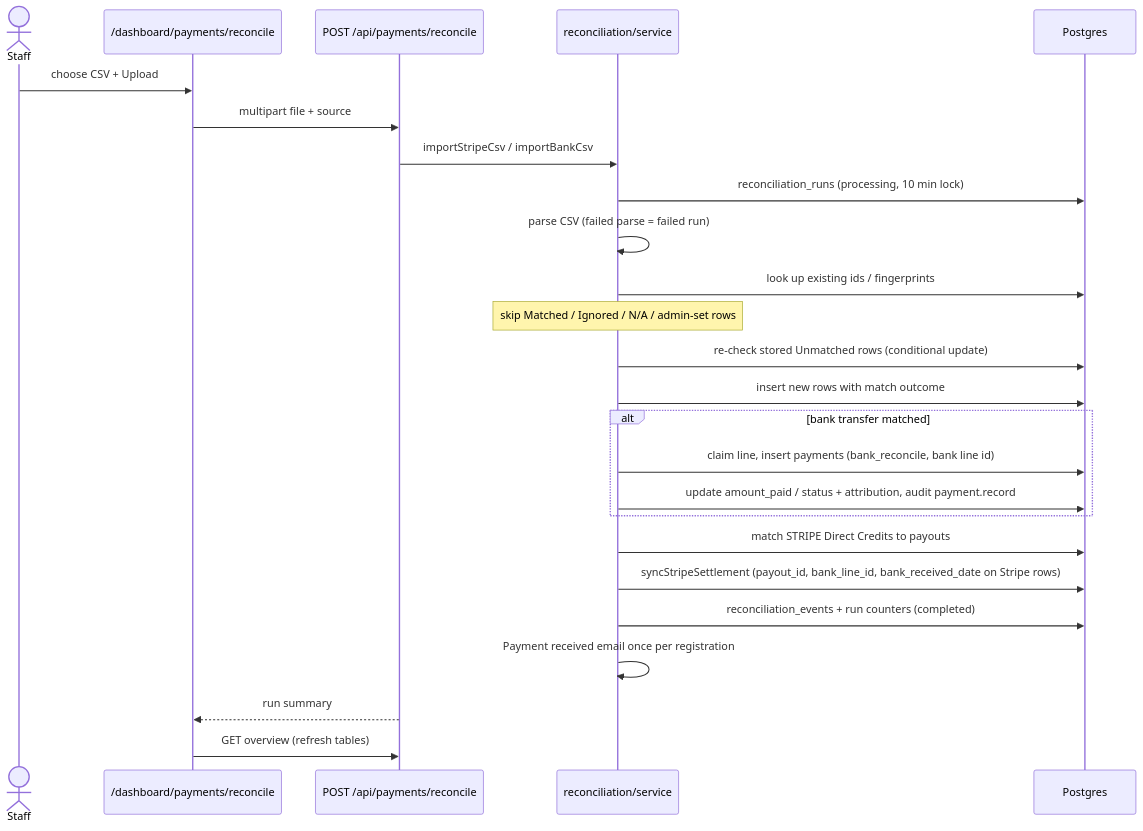
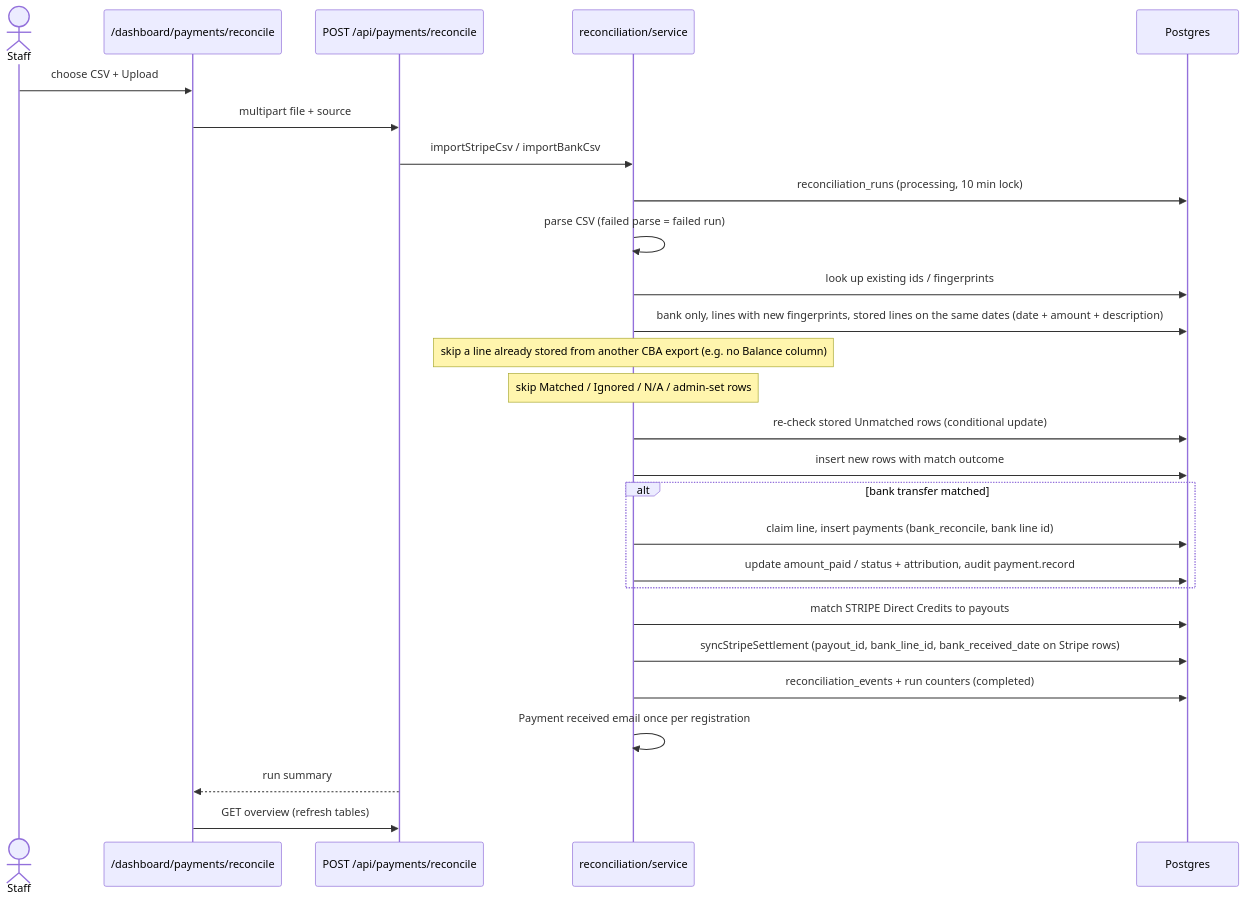
Before and after one commit to dotnetmike/CFCA_Registration: the fifth of 7 diagrams in docs/flows/payment.md, drawn with Mermaid. The commit also changed 7 other files, not shown here.

First line of the commit message:
feat(version): bump package version to 0.37.5 and enhance bank line processing

````diff
--- a/docs/flows/payment.md
+++ b/docs/flows/payment.md
@@ -167,27 +167,29 @@
 ```mermaid
 sequenceDiagram
   actor S as Staff
   participant UI as /dashboard/payments/reconcile
   participant API as POST /api/payments/reconcile
   participant Svc as reconciliation/service
   participant DB as Postgres
   S->>UI: choose CSV + Upload
   UI->>API: multipart file + source
   API->>Svc: importStripeCsv / importBankCsv
   Svc->>DB: reconciliation_runs (processing, 10 min lock)
   Svc->>Svc: parse CSV (failed parse = failed run)
   Svc->>DB: look up existing ids / fingerprints
+  Svc->>DB: bank only, lines with new fingerprints, stored lines on the same dates (date + amount + description)
+  Note over Svc: skip a line already stored from another CBA export (e.g. no Balance column)
   Note over Svc: skip Matched / Ignored / N/A / admin-set rows
   Svc->>DB: re-check stored Unmatched rows (conditional update)
   Svc->>DB: insert new rows with match outcome
   alt bank transfer matched
     Svc->>DB: claim line, insert payments (bank_reconcile, bank line id)
     Svc->>DB: update amount_paid / status + attribution, audit payment.record
   end
   Svc->>DB: match STRIPE Direct Credits to payouts
   Svc->>DB: syncStripeSettlement (payout_id, bank_line_id, bank_received_date on Stripe rows)
   Svc->>DB: reconciliation_events + run counters (completed)
   Svc->>Svc: Payment received email once per registration
   API-->>UI: run summary
   UI->>API: GET overview (refresh tables)
 ```
````
